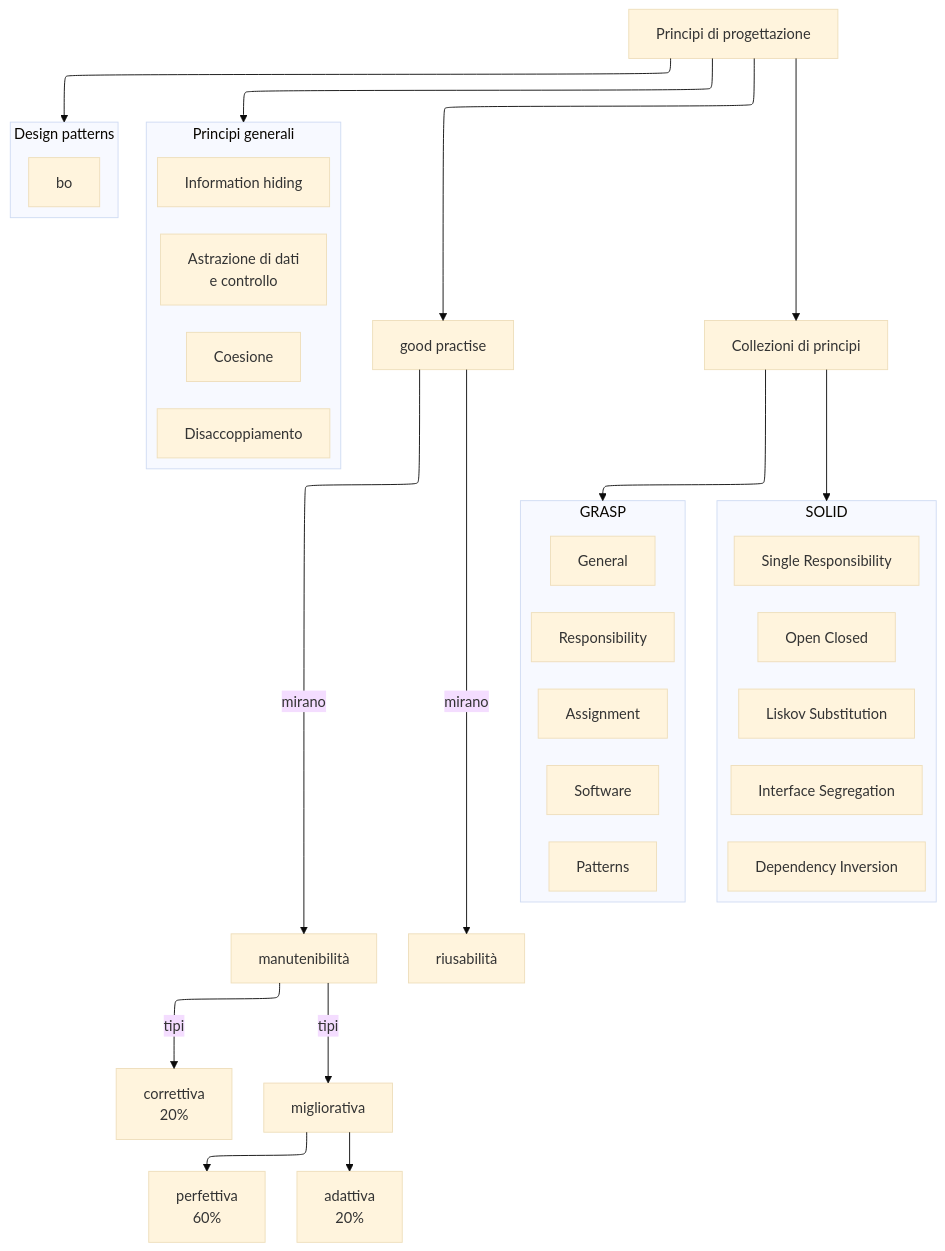
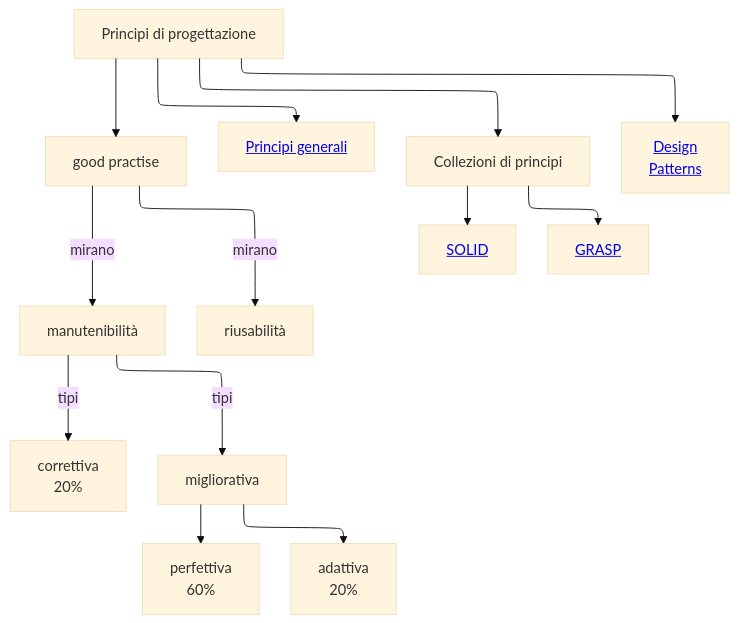
Before and after one commit to Firi0n/appunti-software-engineering: the first of 8 diagrams in docs/principi_progettazione.md, drawn with Mermaid (base theme). The commit also changed 2 other files, not shown here.

Commit message:
first pattern lesson

````diff
--- a/docs/principi_progettazione.md
+++ b/docs/principi_progettazione.md
@@ -1,47 +1,21 @@
 ```mermaid
 ---
 config:
     layout: elk
     elk: {
         considerModelOrder: "PREFER_NODES",
         forceNodeModelOrder: true
     }
 ---
 flowchart TD
 
     PP[Principi di progettazione] --> gp[good practise] -- mirano --> manutenibilità & riusabilità
     manutenibilità --tipi--> correttiva[correttiva<br>20%] & migliorativa
     migliorativa --> perfettiva[perfettiva<br>60%] & adattiva[adattiva<br>20%]
 
-    PP --> PG
+    PP --> PG[<a href="#principi-generali">Principi generali</a>]
 
-    subgraph PG[Principi generali]
-        IH[Information hiding] ~~~
-        ADC[Astrazione di dati<br>e controllo] ~~~
-        Coesione ~~~
-        Disaccoppiamento
-    end
+    PP --> CP[Collezioni di principi] --> SOLID[<a href="#solid">SOLID</a>] & GRASP[<a href="#grasp">GRASP</a>]
 
-    PP --> CP[Collezioni di principi] --> SOLID & GRASP
-    subgraph SOLID
-        S[Single Responsibility] ~~~
-        O[Open Closed] ~~~
-        L[Liskov Substitution] ~~~
-        I[Interface Segregation] ~~~
-        D[Dependency Inversion]
-    end
-
-    subgraph GRASP
-        General ~~~
-        Responsibility ~~~
-        Assignment ~~~
-        Software ~~~
-        Patterns
-    end
-
-    PP --> DP
-
-    subgraph DP[Design patterns]
-        bo
-    end
+    PP --> DP[<a href="/design-patterns">Design<br>Patterns</a>]
 ```
````
